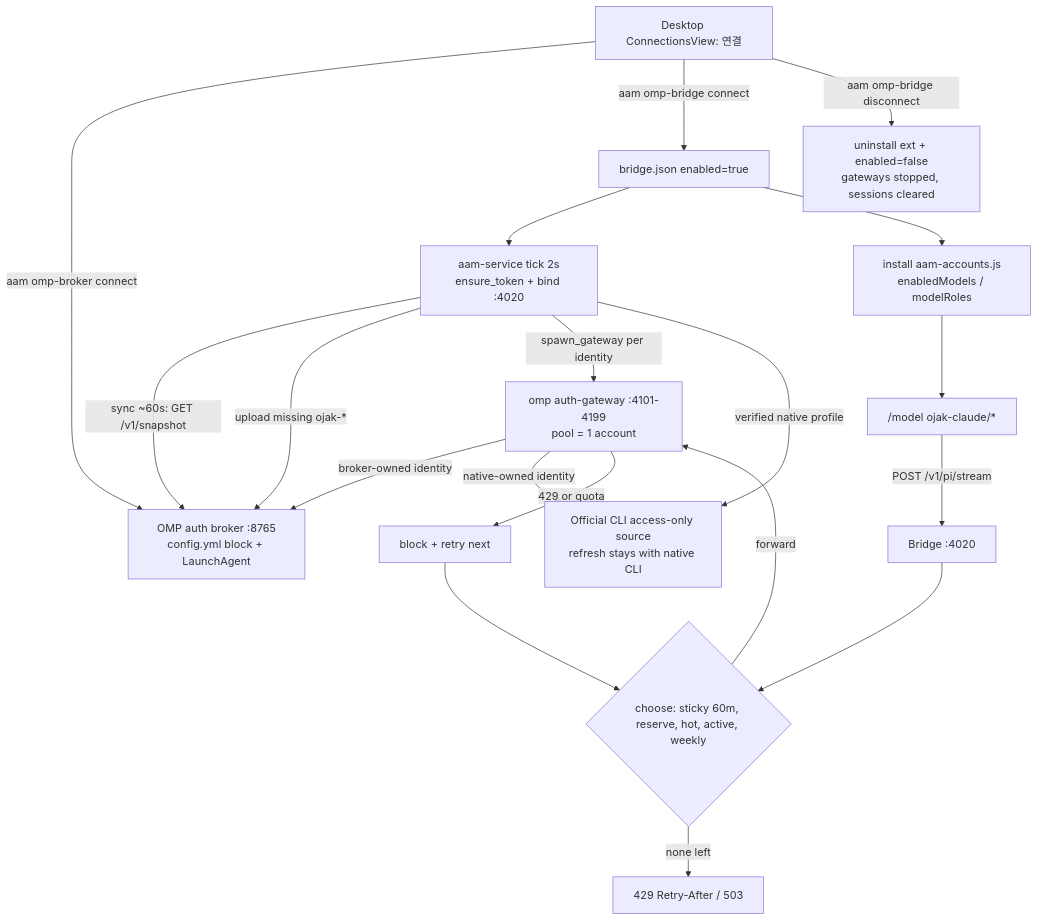
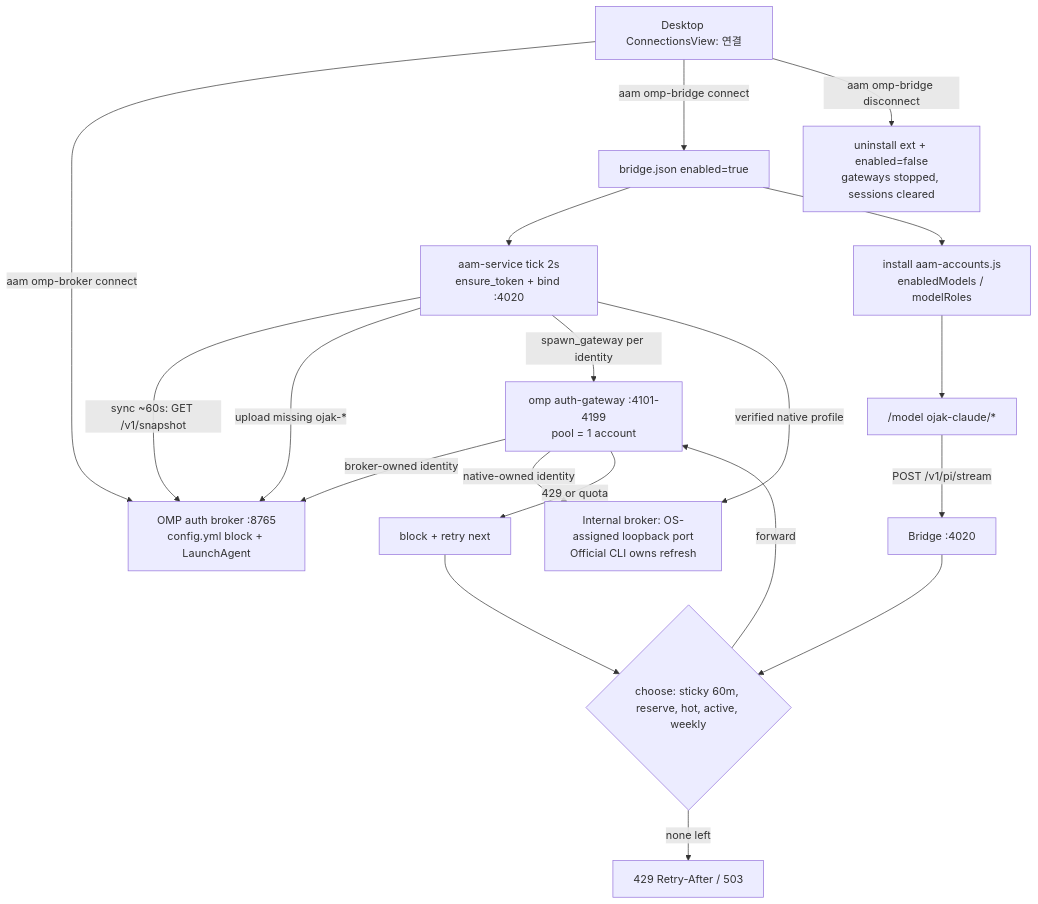
The first of 2 diagrams in docs/domains/omp-bridge.md (lapalai/ojak), drawn with Mermaid before and after one commit. The commit also changed other lines of this file and 45 other files, not shown here.

````diff
--- a/docs/domains/omp-bridge.md
+++ b/docs/domains/omp-bridge.md
@@ -83,21 +99,21 @@
 ```mermaid
 graph TD
   UI["Desktop ConnectionsView: 연결"] -->|"aam omp-broker connect"| BRK["OMP auth broker :8765<br/>config.yml block + LaunchAgent"]
   UI -->|"aam omp-bridge connect"| CFG["bridge.json enabled=true"]
   CFG --> TICK["aam-service tick 2s<br/>ensure_token + bind :4020"]
   TICK -->|"sync ~60s: GET /v1/snapshot"| BRK
   TICK -->|"upload missing ojak-*"| BRK
   TICK -->|"spawn_gateway per identity"| GW["omp auth-gateway :4101-4199<br/>pool = 1 account"]
-  TICK -->|"verified native profile"| NAT["Official CLI access-only source<br/>refresh stays with native CLI"]
+  TICK -->|"verified native profile"| NAT["Internal broker: OS-assigned loopback port<br/>Official CLI owns refresh"]
   CFG --> EXT["install aam-accounts.js<br/>enabledModels / modelRoles"]
   EXT --> MODEL["/model ojak-claude/*"]
   MODEL -->|"POST /v1/pi/stream"| BR["Bridge :4020"]
   BR --> CHOOSE{"choose: sticky 60m, reserve, hot, active, weekly"}
   CHOOSE -->|"forward"| GW
   GW -->|"broker-owned identity"| BRK
   GW -->|"native-owned identity"| NAT
   GW -->|"429 or quota"| BLOCK["block + retry next"]
   BLOCK --> CHOOSE
   CHOOSE -->|"none left"| Q429["429 Retry-After / 503"]
   UI -->|"aam omp-bridge disconnect"| OFF["uninstall ext + enabled=false<br/>gateways stopped, sessions cleared"]
 ```
````
